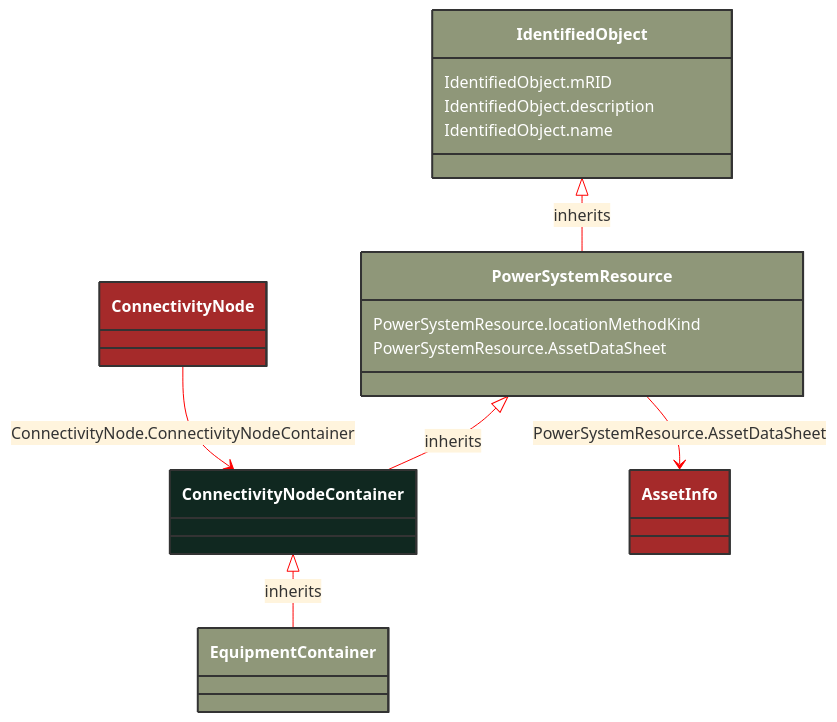
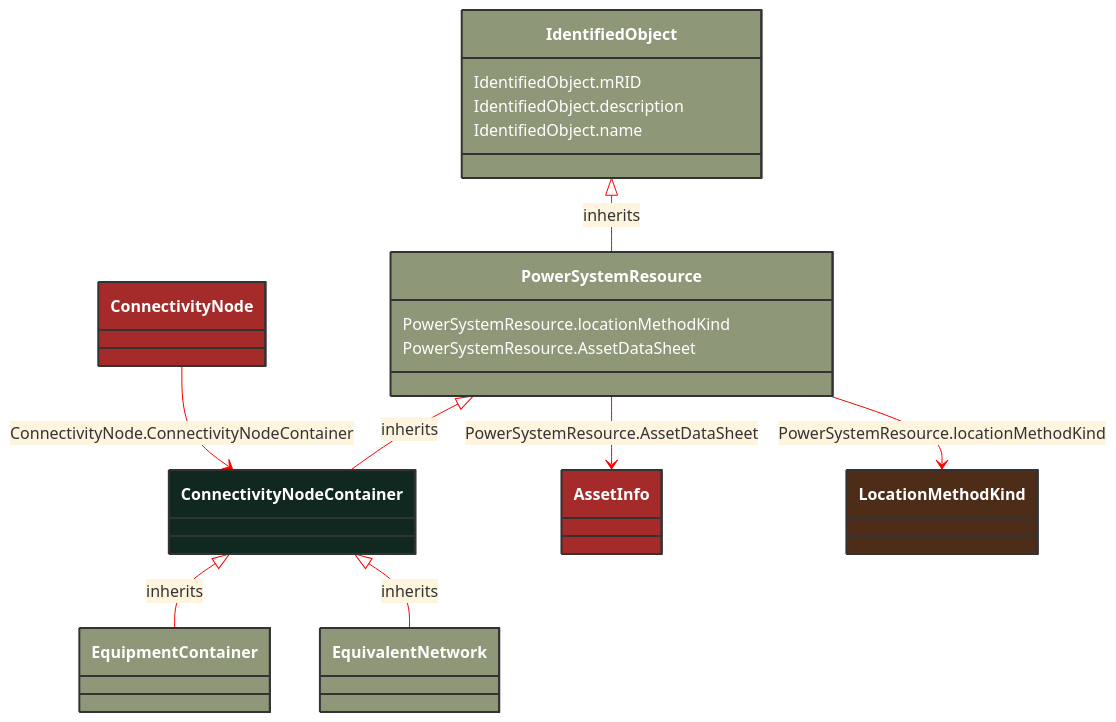
Before and after one commit to 3lbits/NoCIMExtensions: the diagram in docs/Models/Profiles/Telemark-120Equipment/AbstractClasses/ConnectivityNodeContainer.md, drawn with Mermaid. The commit also changed 50 other files, not shown here.

````diff
--- a/docs/Models/Profiles/Telemark-120Equipment/AbstractClasses/ConnectivityNodeContainer.md
+++ b/docs/Models/Profiles/Telemark-120Equipment/AbstractClasses/ConnectivityNodeContainer.md
@@ -10,40 +10,51 @@
 ```mermaid
 %%{init: {'theme':'base','themeVariables': {'lineColor': '#FF0000'}}}%%
 classDiagram
     class ConnectivityNodeContainer
     click ConnectivityNodeContainer href "/Models/Profiles/Telemark-120Equipment/AbstractClasses/ConnectivityNodeContainer/"
     style ConnectivityNodeContainer fill:#102820,stroke:#333,stroke-width:2px,rx:10,ry:10,color:white
 
         ConnectivityNodeContainer <|-- EquipmentContainer : inherits
 
         EquipmentContainer
             click EquipmentContainer href "/Models/Profiles/Telemark-120Equipment/AbstractClasses/EquipmentContainer/"
             style EquipmentContainer fill:#8F9779,stroke:#333,stroke-width:2px,rx:10,ry:10,color:white
+
+        ConnectivityNodeContainer <|-- EquivalentNetwork : inherits
+
+        EquivalentNetwork
+            click EquivalentNetwork href "/Models/Profiles/Telemark-120Equipment/ConcreteClasses/EquivalentNetwork/"
+            style EquivalentNetwork fill:#8F9779,stroke:#333,stroke-width:2px,rx:10,ry:10,color:white
      
         PowerSystemResource <|-- ConnectivityNodeContainer : inherits
             click PowerSystemResource href "/Models/Profiles/Telemark-120Equipment/AbstractClasses/PowerSystemResource/"
             style PowerSystemResource fill:#8F9779,stroke:#333,stroke-width:2px,rx:10,ry:10,color:white
      
         IdentifiedObject <|-- PowerSystemResource : inherits
             click IdentifiedObject href "/Models/Profiles/Telemark-120Equipment/AbstractClasses/IdentifiedObject/"
             style IdentifiedObject fill:#8F9779,stroke:#333,stroke-width:2px,rx:10,ry:10,color:white
 
         PowerSystemResource --> AssetInfo : PowerSystemResource.AssetDataSheet
 
         AssetInfo
             click AssetInfo href "/Models/Profiles/Telemark-120Equipment/ConcreteClasses/AssetInfo/"
             style AssetInfo fill:#A52A2A,stroke:#333,stroke-width:2px,rx:10,ry:10,color:white
 
         ConnectivityNode --> ConnectivityNodeContainer : ConnectivityNode.ConnectivityNodeContainer
 
         ConnectivityNode
             click ConnectivityNode href "/Models/Profiles/Telemark-120Equipment/ConcreteClasses/ConnectivityNode/"
             style ConnectivityNode fill:#A52A2A,stroke:#333,stroke-width:2px,rx:10,ry:10,color:white
 
+        PowerSystemResource --> LocationMethodKind : PowerSystemResource.locationMethodKind
+
+        LocationMethodKind
+            click LocationMethodKind href "/Models/Profiles/Telemark-120Equipment/Enumerations/LocationMethodKind/"
+            style LocationMethodKind fill:#4D2D18,stroke:#333,stroke-width:2px,rx:10,ry:10,color:white
 
         PowerSystemResource : PowerSystemResource.locationMethodKind
         PowerSystemResource : PowerSystemResource.AssetDataSheet
         IdentifiedObject : IdentifiedObject.mRID
         IdentifiedObject : IdentifiedObject.description
         IdentifiedObject : IdentifiedObject.name
 ```
````
